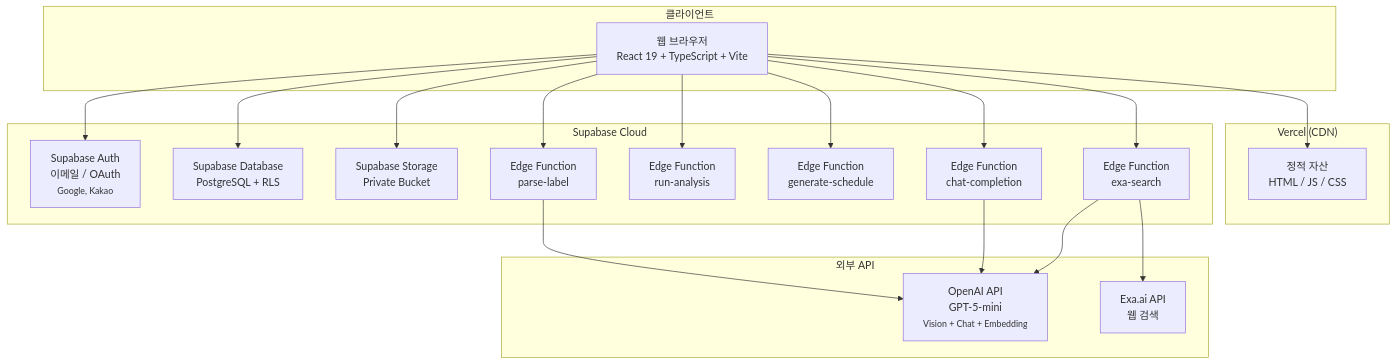
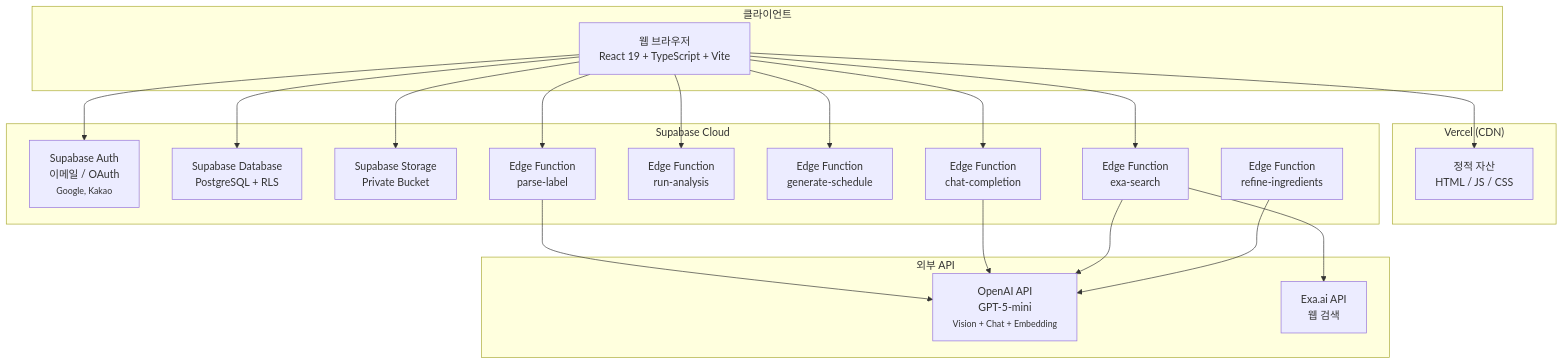
Before and after one commit to dev-samuel-codes/tt-ni: the first of 4 diagrams in docs/ARCHITECTURE.md, drawn with Mermaid. The commit also changed other lines of this file and 2 other files, not shown here.

Commit message:
docs: README, 아키텍처 문서 최신화 및 .gitignore 업데이트
- README.md: GPT-5-mini 반영, 환경변수명 수정, Edge Function 목록 갱신, 로그인 제공자 수정
- ARCHITECTURE.md: refine-ingredients Edge Function 추가, mermaid 다이어그램 갱신
- .gitignore: .playwright-mcp/ 추가

````diff
--- a/docs/ARCHITECTURE.md
+++ b/docs/ARCHITECTURE.md
@@ -11,41 +11,43 @@
 ```mermaid
 graph TD
     subgraph Client["클라이언트"]
         Browser["웹 브라우저<br/>React 19 + TypeScript + Vite"]
     end
 
     subgraph Edge["Vercel (CDN)"]
         Static["정적 자산<br/>HTML / JS / CSS"]
     end
 
     subgraph Supabase["Supabase Cloud"]
         Auth["Supabase Auth<br/>이메일 / OAuth<br/><small>Google, Kakao</small>"]
         DB["Supabase Database<br/>PostgreSQL + RLS"]
         Storage["Supabase Storage<br/>Private Bucket"]
         EF1["Edge Function<br/>parse-label"]
         EF2["Edge Function<br/>run-analysis"]
         EF3["Edge Function<br/>generate-schedule"]
         EF4["Edge Function<br/>chat-completion"]
         EF5["Edge Function<br/>exa-search"]
+        EF6["Edge Function<br/>refine-ingredients"]
     end
 
     subgraph External["외부 API"]
         OpenAI["OpenAI API<br/>GPT-5-mini<br/><small>Vision + Chat + Embedding</small>"]
         Exa["Exa.ai API<br/>웹 검색"]
     end
 
     Browser --> Static
     Browser --> Auth
     Browser --> DB
     Browser --> Storage
     Browser --> EF1
     Browser --> EF2
     Browser --> EF3
     Browser --> EF4
     Browser --> EF5
 
     EF1 --> OpenAI
     EF4 --> OpenAI
     EF5 --> Exa
     EF5 --> OpenAI
+    EF6 --> OpenAI
 ```
````
